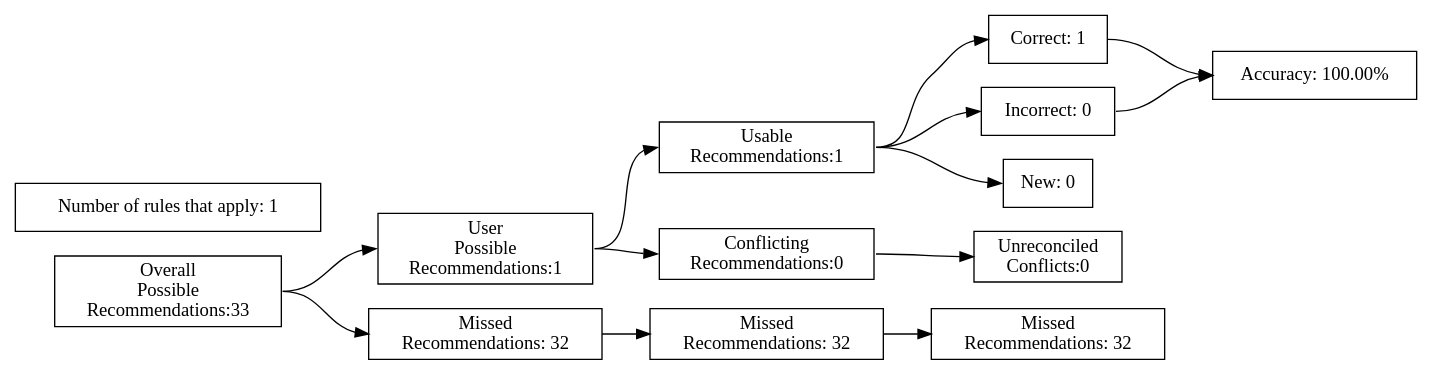
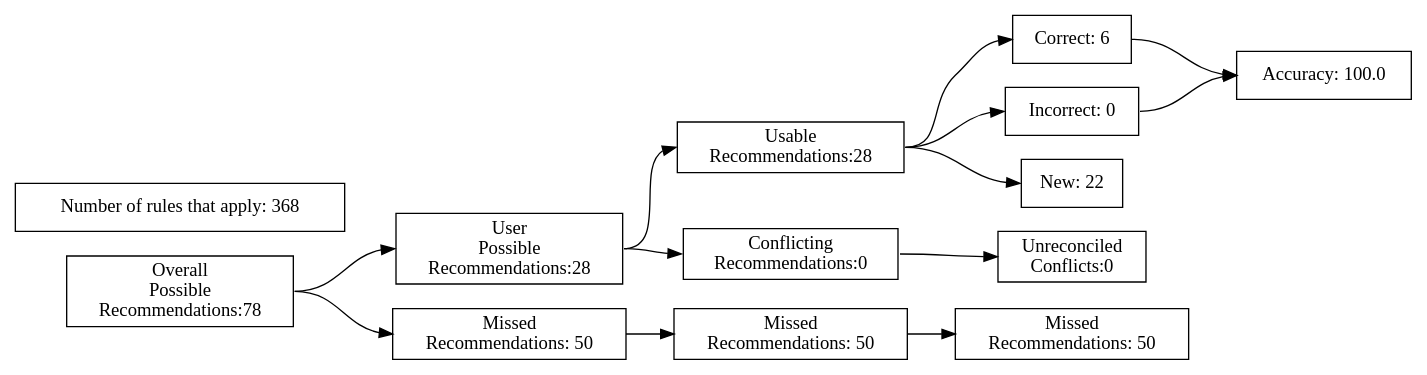
One commit to ZaxR/ibd_diet_analysis changed the diagram in test_renders/33.gv. Above: the diagram before and after it, drawn with Graphviz. The commit also changed 231 other files, not shown here.

```diff
--- a/test_renders/33.gv
+++ b/test_renders/33.gv
@@ -1,40 +1,40 @@
 digraph {
 	graph [rankdir=LR]
 	node [pos=r shape=box]
 	edge [headport=w tailport=e]
 		A [label="Overall
 Possible
-Recommendations:33"]
+Recommendations:78"]
 		B [label="User
 Possible
-Recommendations:1"]
+Recommendations:28"]
 		C [label="Missed
-Recommendations: 32"]
+Recommendations: 50"]
 		D [label="Usable
-Recommendations:1"]
+Recommendations:28"]
 		E [label="Conflicting
 Recommendations:0"]
 		J [label="Missed
-Recommendations: 32"]
+Recommendations: 50"]
 		M [label="Unreconciled
 Conflicts:0"]
-		F [label="Correct: 1"]
+		F [label="Correct: 6"]
 		G [label="Incorrect: 0"]
-		H [label="New: 0"]
+		H [label="New: 22"]
 		K [label="Missed
-Recommendations: 32"]
-		I [label="Accuracy: 100.00%"]
-		l [label="Number of rules that apply: 1"]
+Recommendations: 50"]
+		I [label="Accuracy: 100.0"]
+		l [label="Number of rules that apply: 368"]
 			A -> B
 			A -> C
 			B -> D
 			B -> E
 			D -> F
 			D -> G
 			D -> H
 			F -> I
 			G -> I
 			C -> J
 			J -> K
 			E -> M
 }
```
